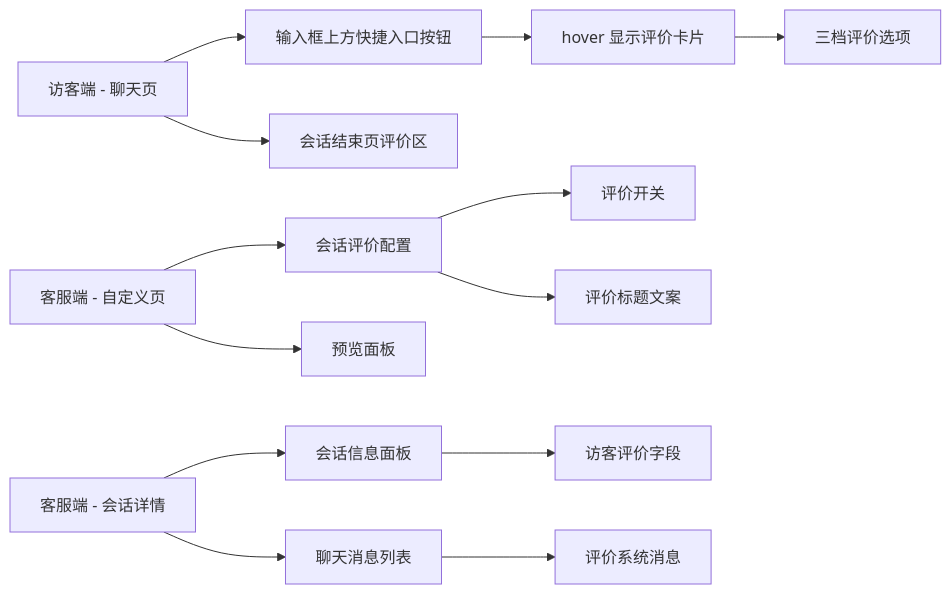
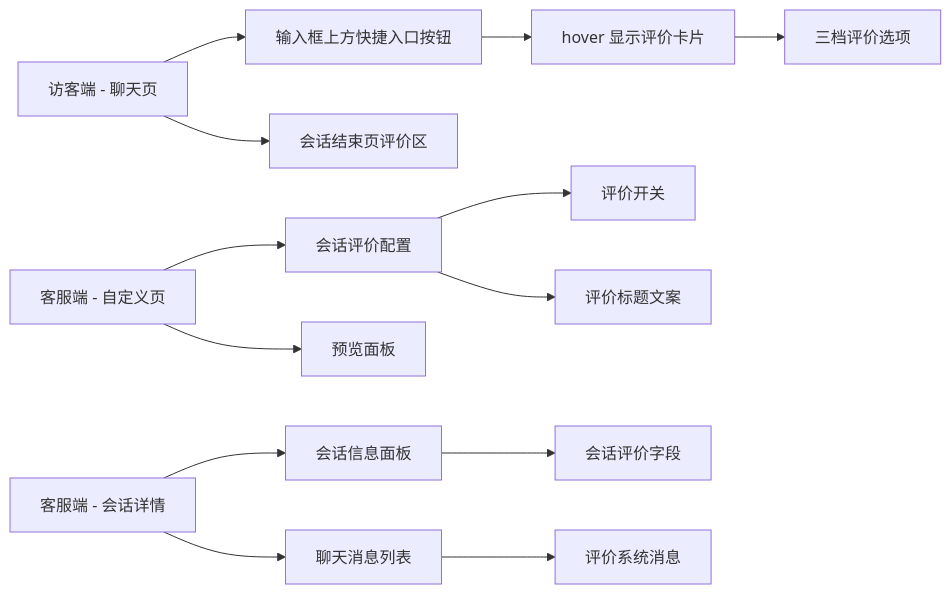
Before and after one commit to goeye/twt: the first of 2 diagrams in docs/PRD-访客评价调整.md, drawn with Mermaid. The commit also changed other lines of this file and 4 other files, not shown here.

````diff
--- a/docs/PRD-访客评价调整.md
+++ b/docs/PRD-访客评价调整.md
@@ -53,15 +54,15 @@
 ```mermaid
 graph LR
     A[访客端 - 聊天页] --> B[输入框上方快捷入口按钮]
     B --> C[hover 显示评价卡片]
     C --> D[三档评价选项]
     A --> E[会话结束页评价区]
     F[客服端 - 自定义页] --> G[会话评价配置]
     G --> H[评价开关]
     G --> I[评价标题文案]
     F --> J[预览面板]
     K[客服端 - 会话详情] --> L[会话信息面板]
-    L --> M[访客评价字段]
+    L --> M[会话评价字段]
     K --> N[聊天消息列表]
     N --> O[评价系统消息]
 ```
````
